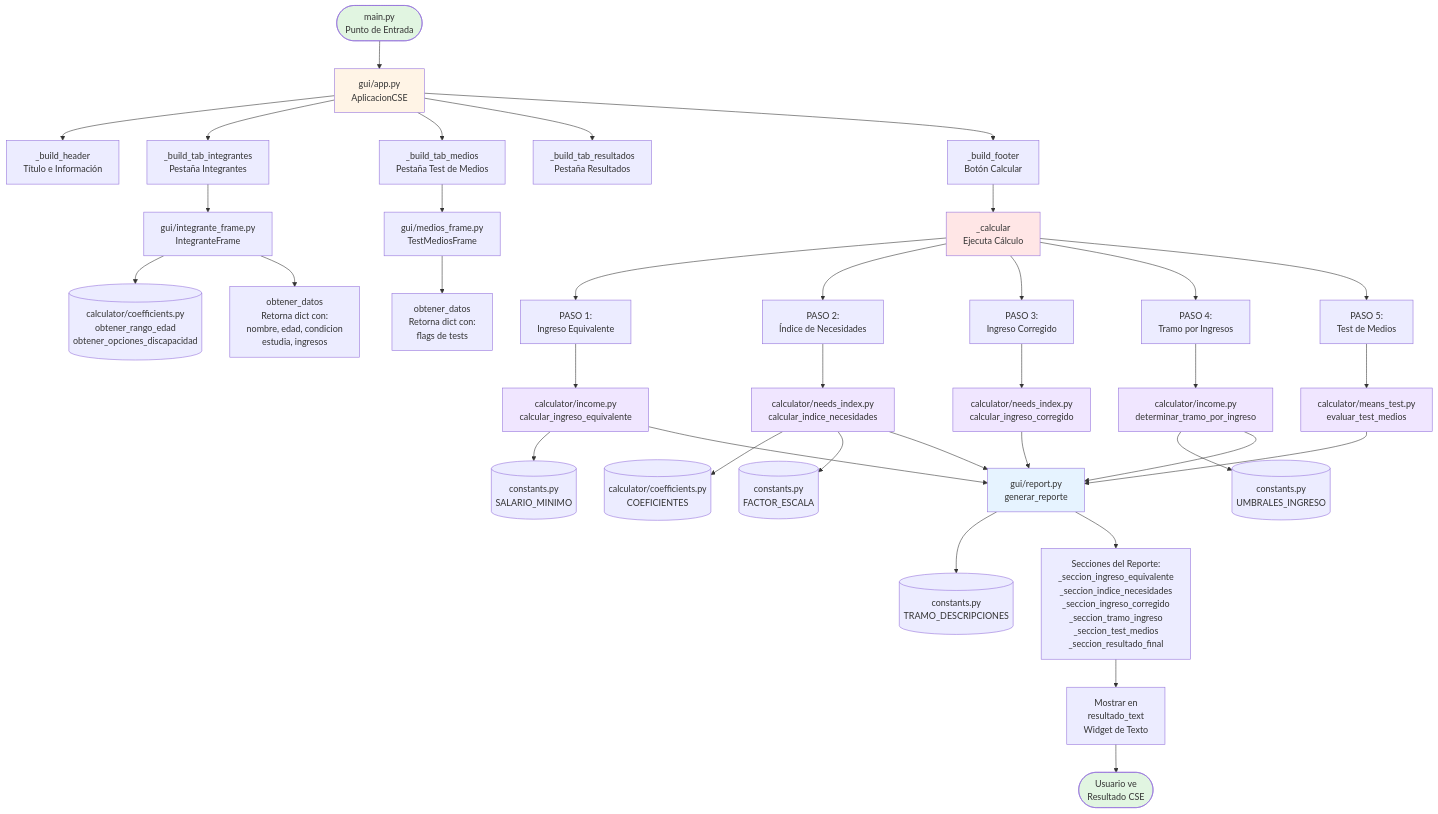
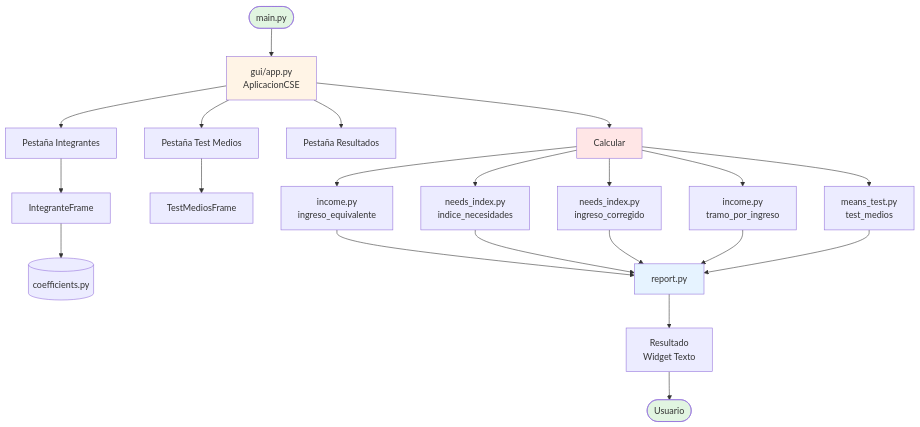
One commit to fcarvajalbrown/calculadora-cse changed the diagram in docs/diagrams/diagrama-architectura.mmd. Above: the diagram before and after it, drawn with Mermaid.

Commit message:
size bug on diagram

````diff
--- a/docs/diagrams/diagrama-architectura.mmd
+++ b/docs/diagrams/diagrama-architectura.mmd
@@ -1,63 +1,33 @@
-```mermaid
 flowchart TD
-    Start([main.py<br/>Punto de Entrada]) --> App[gui/app.py<br/>AplicacionCSE]
+    Start([main.py]) --> App[gui/app.py<br/>AplicacionCSE]
     
-    App --> Header[_build_header<br/>Título e Información]
-    App --> TabIntegrantes[_build_tab_integrantes<br/>Pestaña Integrantes]
-    App --> TabMedios[_build_tab_medios<br/>Pestaña Test de Medios]
-    App --> TabResultados[_build_tab_resultados<br/>Pestaña Resultados]
-    App --> Footer[_build_footer<br/>Botón Calcular]
+    App --> TabIntegrantes[Pestaña Integrantes]
+    App --> TabMedios[Pestaña Test Medios]
+    App --> TabResultados[Pestaña Resultados]
+    App --> Calculate[Calcular]
     
-    TabIntegrantes --> IntegranteFrame[gui/integrante_frame.py<br/>IntegranteFrame]
-    IntegranteFrame --> CoefData[(calculator/coefficients.py<br/>obtener_rango_edad<br/>obtener_opciones_discapacidad)]
-    IntegranteFrame --> CollectData[obtener_datos<br/>Retorna dict con:<br/>nombre, edad, condicion<br/>estudia, ingresos]
+    TabIntegrantes --> IntegranteFrame[IntegranteFrame]
+    IntegranteFrame --> CoefData[(coefficients.py)]
     
-    TabMedios --> MediosFrame[gui/medios_frame.py<br/>TestMediosFrame]
-    MediosFrame --> CollectMedios[obtener_datos<br/>Retorna dict con:<br/>flags de tests]
+    TabMedios --> MediosFrame[TestMediosFrame]
     
-    Footer --> Calculate[_calcular<br/>Ejecuta Cálculo]
+    Calculate --> CalcIncome[income.py<br/>ingreso_equivalente]
+    Calculate --> CalcNeeds[needs_index.py<br/>indice_necesidades]
+    Calculate --> CalcCorrected[needs_index.py<br/>ingreso_corregido]
+    Calculate --> CalcTramo[income.py<br/>tramo_por_ingreso]
+    Calculate --> EvalMedios[means_test.py<br/>test_medios]
     
-    Calculate --> Step1[PASO 1:<br/>Ingreso Equivalente]
-    Step1 --> CalcIncome[calculator/income.py<br/>calcular_ingreso_equivalente]
-    CalcIncome --> Constants1[(constants.py<br/>SALARIO_MINIMO)]
-    
-    Calculate --> Step2[PASO 2:<br/>Índice de Necesidades]
-    Step2 --> CalcNeeds[calculator/needs_index.py<br/>calcular_indice_necesidades]
-    CalcNeeds --> CoefCalc[(calculator/coefficients.py<br/>COEFICIENTES)]
-    CalcNeeds --> Constants2[(constants.py<br/>FACTOR_ESCALA)]
-    
-    Calculate --> Step3[PASO 3:<br/>Ingreso Corregido]
-    Step3 --> CalcCorrected[calculator/needs_index.py<br/>calcular_ingreso_corregido]
-    
-    Calculate --> Step4[PASO 4:<br/>Tramo por Ingresos]
-    Step4 --> CalcTramo[calculator/income.py<br/>determinar_tramo_por_ingreso]
-    CalcTramo --> Constants3[(constants.py<br/>UMBRALES_INGRESO)]
-    
-    Calculate --> Step5[PASO 5:<br/>Test de Medios]
-    Step5 --> EvalMedios[calculator/means_test.py<br/>evaluar_test_medios]
-    
-    CalcIncome --> ReportGen[gui/report.py<br/>generar_reporte]
+    CalcIncome --> ReportGen[report.py]
     CalcNeeds --> ReportGen
     CalcCorrected --> ReportGen
     CalcTramo --> ReportGen
     EvalMedios --> ReportGen
     
-    ReportGen --> Constants4[(constants.py<br/>TRAMO_DESCRIPCIONES)]
-    
-    ReportGen --> Sections[Secciones del Reporte:<br/>_seccion_ingreso_equivalente<br/>_seccion_indice_necesidades<br/>_seccion_ingreso_corregido<br/>_seccion_tramo_ingreso<br/>_seccion_test_medios<br/>_seccion_resultado_final]
-    
-    Sections --> Display[Mostrar en<br/>resultado_text<br/>Widget de Texto]
-    
-    Display --> End([Usuario ve<br/>Resultado CSE])
+    ReportGen --> Display[Resultado<br/>Widget Texto]
+    Display --> End([Usuario])
     
     style Start fill:#e1f5e1
     style End fill:#e1f5e1
     style App fill:#fff4e6
     style Calculate fill:#ffe6e6
     style ReportGen fill:#e6f3ff
-    style CalcIncome fill:#f0e6ff
-    style CalcNeeds fill:#f0e6ff
-    style CalcCorrected fill:#f0e6ff
-    style CalcTramo fill:#f0e6ff
-    style EvalMedios fill:#f0e6ff
-```
````
